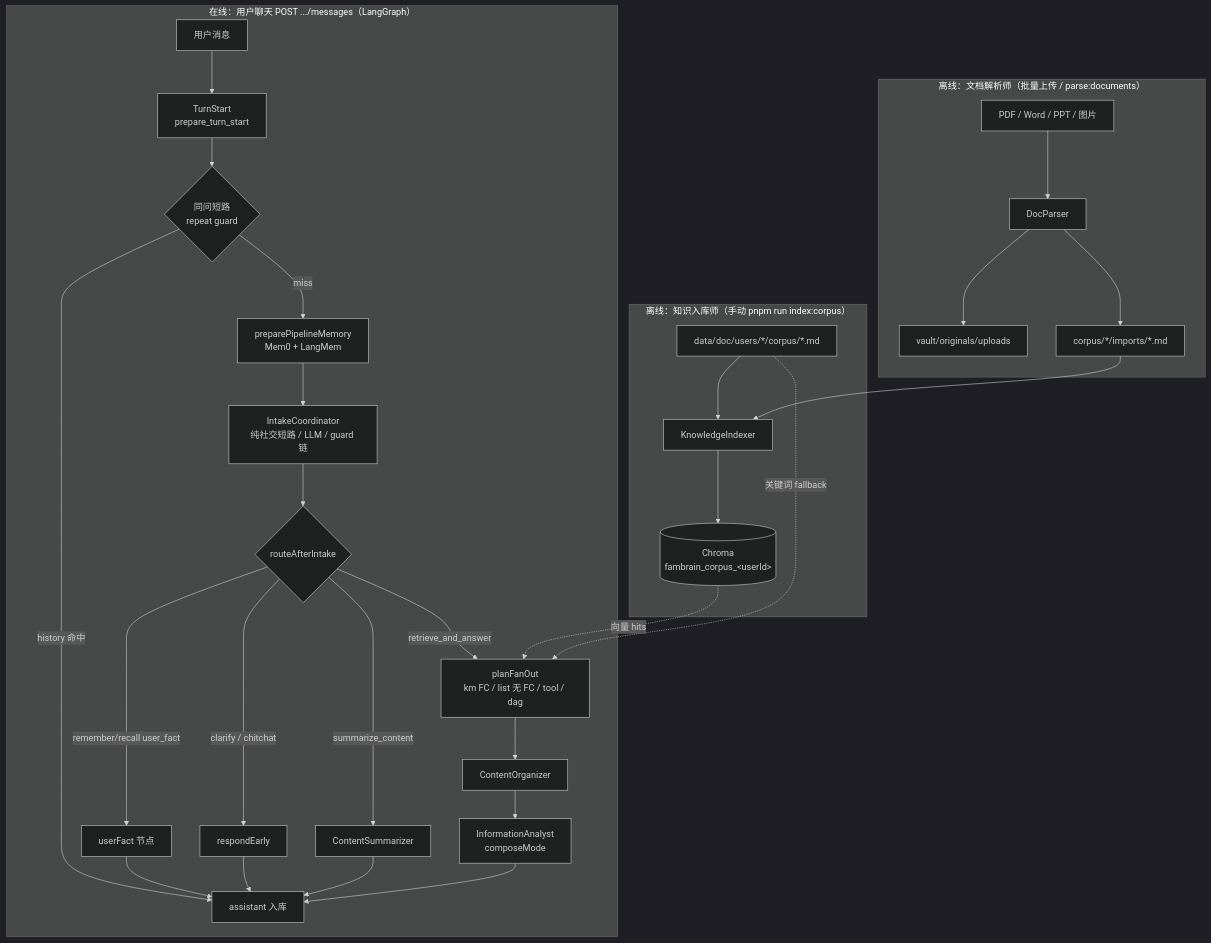
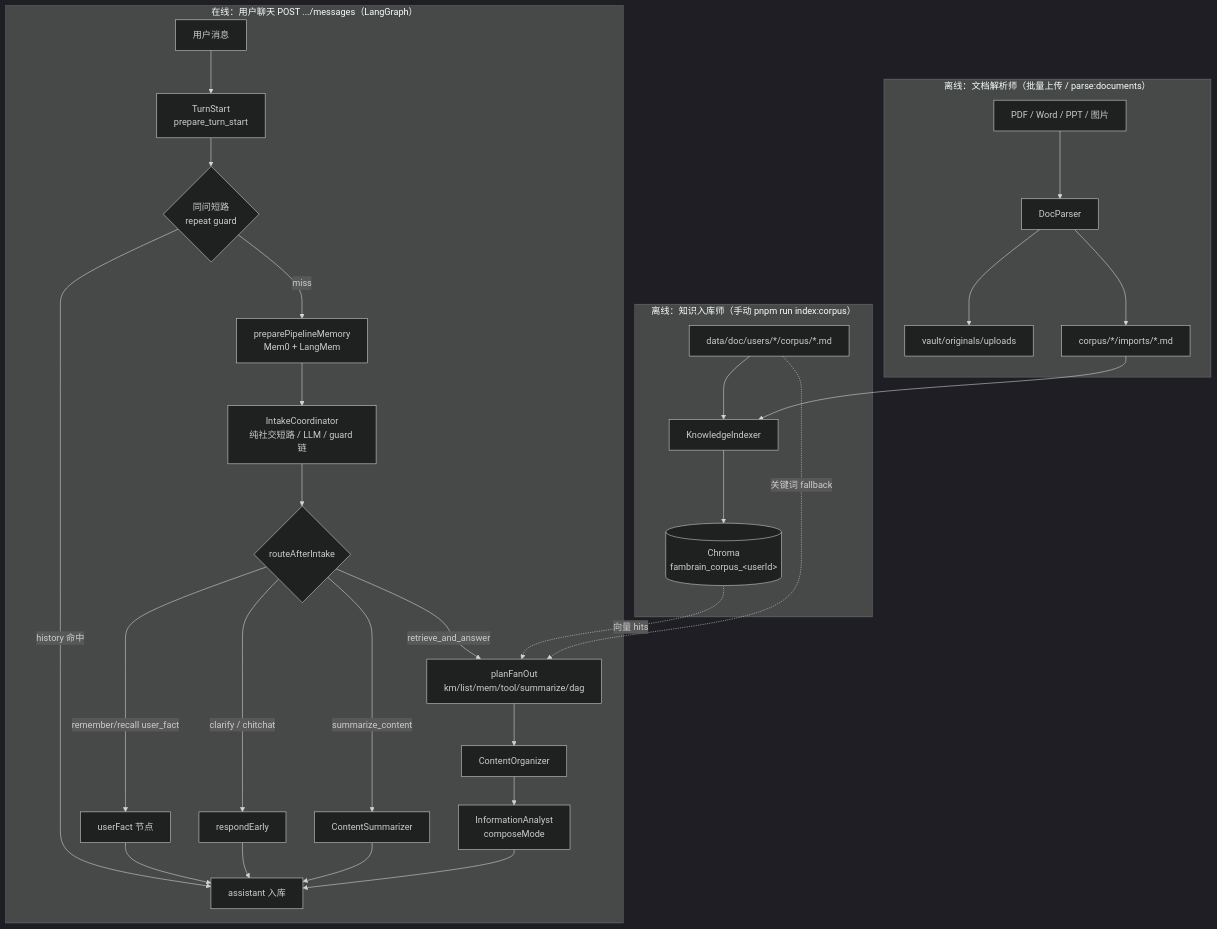
The first of 13 diagrams in docs/02-agent-flows.md (panzhanfei/agent), drawn with Mermaid (dark theme) before and after one commit. The commit also changed other lines of this file and 60 other files, not shown here.

````diff
--- a/docs/02-agent-flows.md
+++ b/docs/02-agent-flows.md
@@ -41,42 +41,42 @@
 ```mermaid
 flowchart TB
   subgraph offline ["离线：知识入库师（手动 pnpm run index:corpus）"]
     MD["data/doc/users/*/corpus/*.md"]
     KI["KnowledgeIndexer"]
     CH[("Chroma<br/>fambrain_corpus_&lt;userId&gt;")]
     MD --> KI --> CH
   end
 
   subgraph ingest ["离线：文档解析师（批量上传 / parse:documents）"]
     UP["PDF / Word / PPT / 图片"]
     DP["DocParser"]
     VAULT["vault/originals/uploads"]
     IMP["corpus/*/imports/*.md"]
     UP --> DP
     DP --> VAULT
     DP --> IMP
     IMP --> KI
   end
 
   subgraph online ["在线：用户聊天 POST .../messages（LangGraph）"]
     U[用户消息] --> PT[TurnStart<br/>prepare_turn_start]
     PT --> REP{同问短路<br/>repeat guard}
     REP -->|history 命中| OUT[assistant 流式输出]
     REP -->|miss| MEM["preparePipelineMemory<br/>Mem0 + LangMem"]
     MEM --> IC[IntakeCoordinator<br/>纯社交短路 / LLM / guard 链]
     IC --> P{routeAfterIntake}
     P -->|remember/recall user_fact| UF[userFact 节点]
     P -->|clarify / chitchat| R1[respondEarly]
     P -->|summarize_content| SUM[ContentSummarizer]
-    P -->|retrieve_and_answer| PE[planFanOut<br/>km FC / list 无 FC / tool / dag]
+    P -->|retrieve_and_answer| PE[planFanOut<br/>km/list/mem/tool/summarize/dag]
     PE --> CO[ContentOrganizer]
     CO --> IA[InformationAnalyst<br/>composeMode]
     IA --> OUT[assistant 入库]
     UF --> OUT
     R1 --> OUT
     SUM --> OUT
   end
 
   CH -.->|向量 hits| PE
   MD -.->|关键词 fallback| PE
 ```
````
